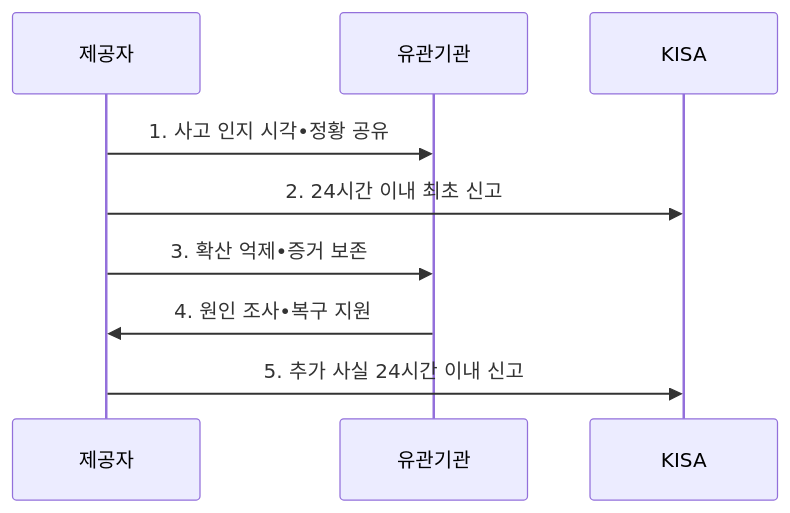
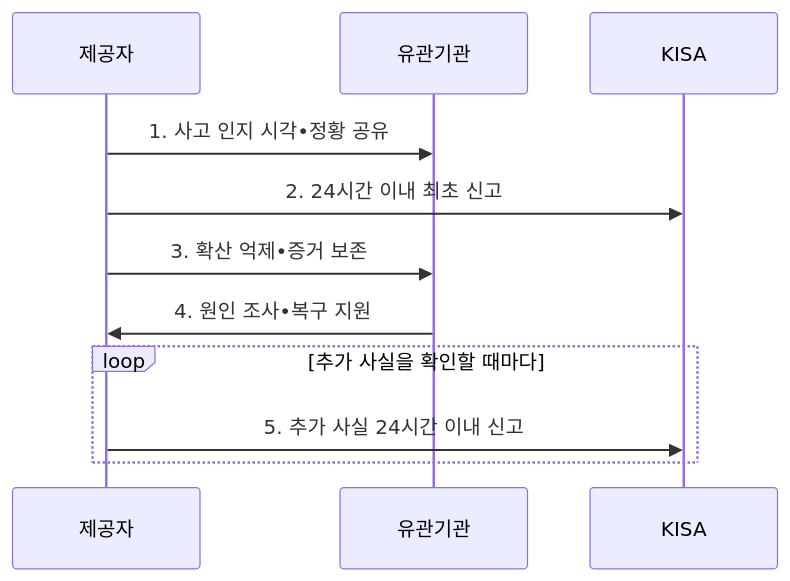
The second of 2 diagrams in src/content/docs/notes/07-law-policy/024_network_act_incident_report.md (agnusdei1207/knowledge-base), drawn with Mermaid before and after one commit. The commit also changed other lines of this file and 20 other files, not shown here.

````diff
--- a/src/content/docs/notes/07-law-policy/024_network_act_incident_report.md
+++ b/src/content/docs/notes/07-law-policy/024_network_act_incident_report.md
@@ -106,11 +106,13 @@
 ```mermaid
 sequenceDiagram
     participant 제공자
     participant 유관기관
     participant KISA
     제공자->>유관기관: 1. 사고 인지 시각•정황 공유
     제공자->>KISA: 2. 24시간 이내 최초 신고
     제공자->>유관기관: 3. 확산 억제•증거 보존
     유관기관->>제공자: 4. 원인 조사•복구 지원
-    제공자->>KISA: 5. 추가 사실 24시간 이내 신고
+    loop 추가 사실을 확인할 때마다
+        제공자->>KISA: 5. 추가 사실 24시간 이내 신고
+    end
 ```
````
